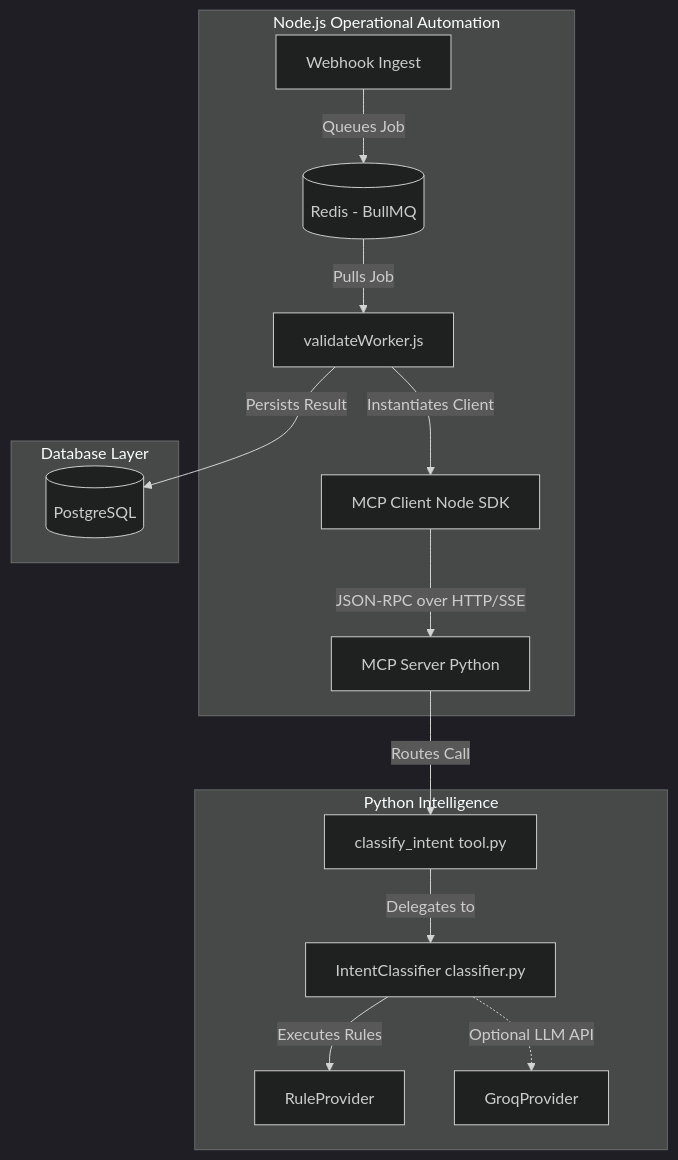
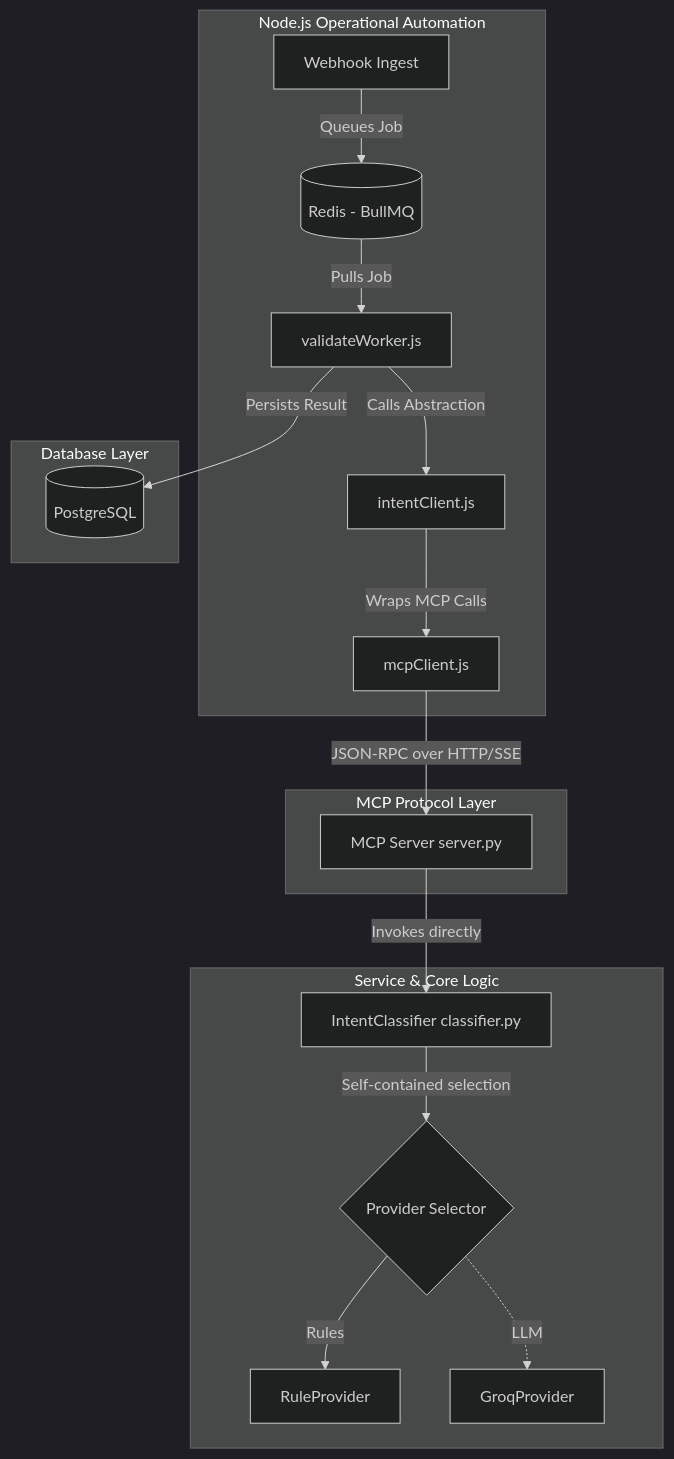
The diagram in Implementation_plan/implementation_plan_intent_classification_v1.md (haiderNafiz/meridian-copilot), drawn with Mermaid (dark theme) before and after one commit. The commit also changed other lines of this file, not shown here.

Commit message:
Add revised  implementation plan to expose Intent Classification as an MCP Tool

````diff
--- a/Implementation_plan/implementation_plan_intent_classification_v1.md
+++ b/Implementation_plan/implementation_plan_intent_classification_v1.md
@@ -11,20 +14,24 @@
 ```mermaid
 graph TD
     subgraph Node.js Layer [Node.js Operational Automation]
         A[Webhook Ingest] -->|Queues Job| B[(Redis - BullMQ)]
         B -->|Pulls Job| C[validateWorker.js]
-        C -->|Instantiates Client| D[MCP Client Node SDK]
-        D -->|JSON-RPC over HTTP/SSE| E[MCP Server Python]
+        C -->|Calls Abstraction| D[intentClient.js]
+        D -->|Wraps MCP Calls| E[mcpClient.js]
     end
 
-    subgraph Python Layer [Python Intelligence]
-        E -->|Routes Call| F[classify_intent tool.py]
-        F -->|Delegates to| G[IntentClassifier classifier.py]
-        G -->|Executes Rules| H[RuleProvider]
-        G -.->|Optional LLM API| I[GroqProvider]
+    subgraph Transport Adapter [MCP Protocol Layer]
+        E -->|JSON-RPC over HTTP/SSE| F[MCP Server server.py]
+    end
+
+    subgraph Python Intelligence [Service & Core Logic]
+        F -->|Invokes directly| G[IntentClassifier classifier.py]
+        G -->|Self-contained selection| H{Provider Selector}
+        H -->|Rules| I[RuleProvider]
+        H -.->|LLM| J[GroqProvider]
     end
 
     subgraph Database Layer
-        C -->|Persists Result| J[(PostgreSQL)]
+        C -->|Persists Result| K[(PostgreSQL)]
     end
 ```
````
